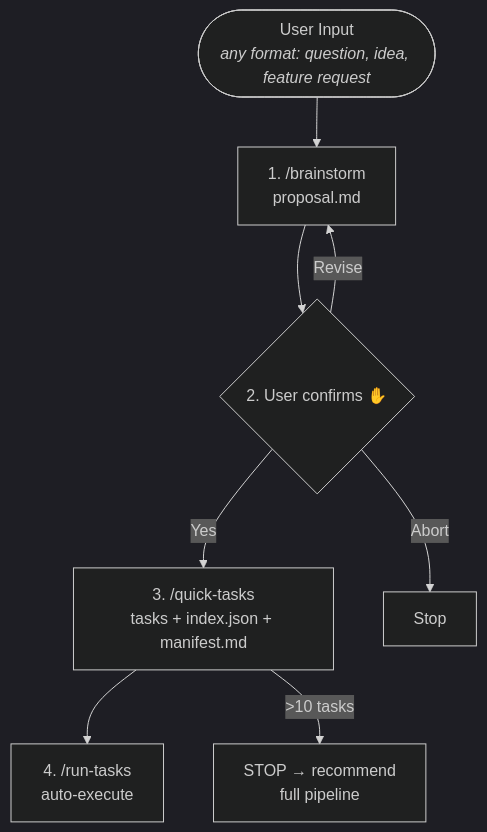
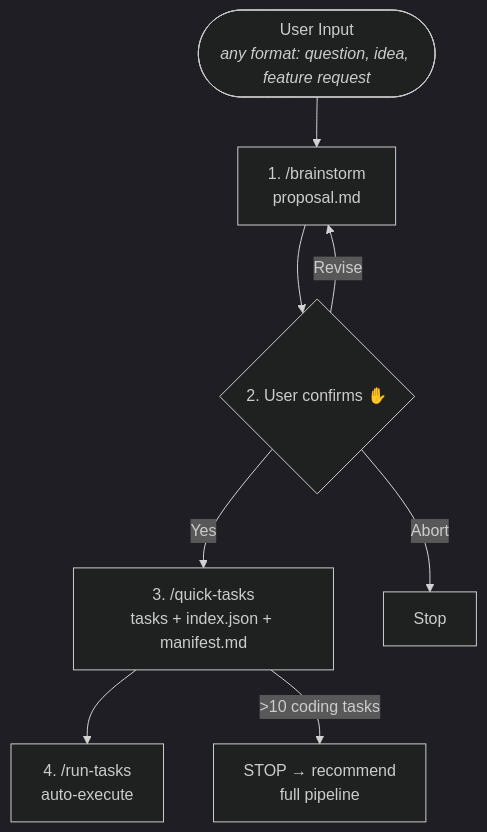
Before and after one commit to bigfaner/forge: the diagram in plugins/forge/commands/quick.md, drawn with Mermaid (dark theme). The commit also changed other lines of this file and 1 other file, not shown here.

First line of the commit message:
fix(quick): lift 10-task limit for doc-type tasks

````diff
--- a/plugins/forge/commands/quick.md
+++ b/plugins/forge/commands/quick.md
@@ -13,10 +13,10 @@
 ```mermaid
 flowchart TD
     INPUT(["User Input<br><i>any format: question, idea, feature request</i>"]) --> A
     A["1. /brainstorm<br>proposal.md"] --> B{"2. User confirms ✋"}
     B -->|"Yes"| C["3. /quick-tasks<br>tasks + index.json + manifest.md"]
     B -->|"Revise"| A
     B -->|"Abort"| STOP["Stop"]
     C --> D["4. /run-tasks<br>auto-execute"]
-    C -->|">10 tasks"| FULL["STOP → recommend<br>full pipeline"]
+    C -->|">10 coding tasks"| FULL["STOP → recommend<br>full pipeline"]
 ```
````
